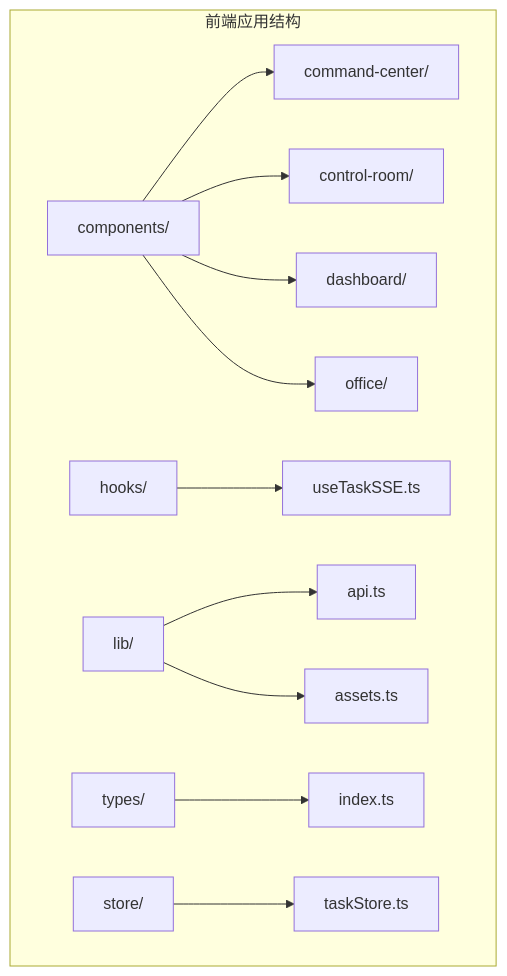
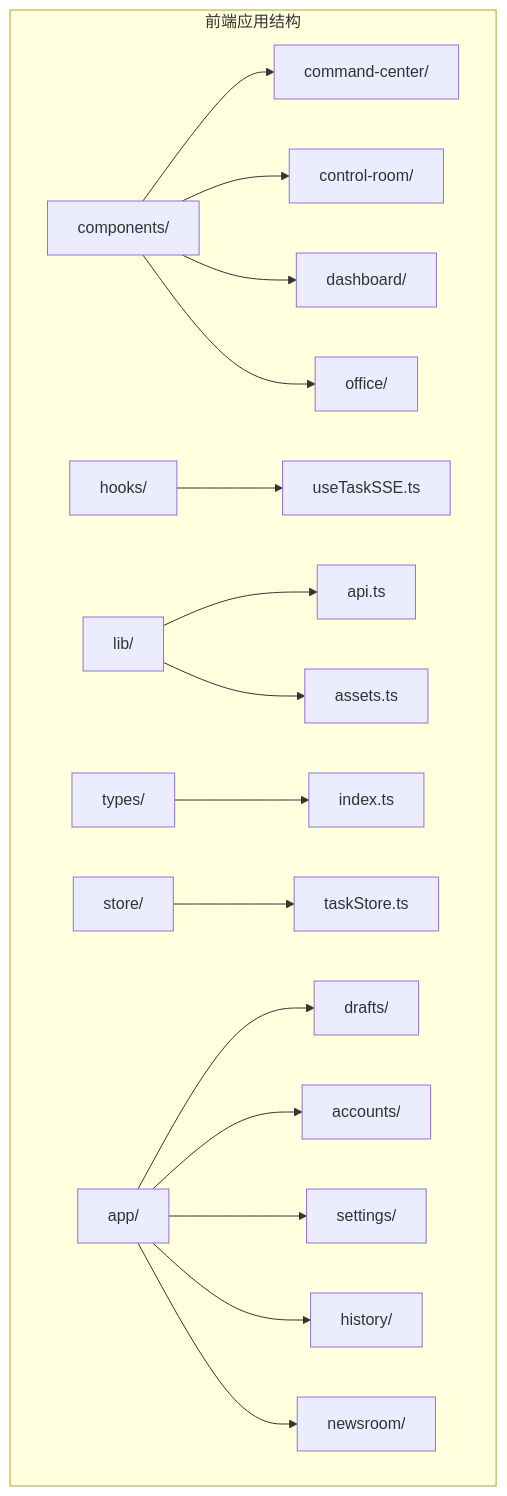
One commit to sansansansansan2022-web/hotclaw changed the first of 9 diagrams in .qoder/repowiki/zh/content/Frontend Component Library.md. Above: the diagram before and after it, drawn with Mermaid. The commit also changed other lines of this file and 44 other files, not shown here.

````diff
--- a/.qoder/repowiki/zh/content/Frontend Component Library.md
+++ b/.qoder/repowiki/zh/content/Frontend Component Library.md
@@ -36,14 +54,19 @@
 ```mermaid
 graph TB
 subgraph "前端应用结构"
 A[components/] --> A1[command-center/]
 A --> A2[control-room/]
 A --> A3[dashboard/]
 A --> A4[office/]
 B[hooks/] --> B1[useTaskSSE.ts]
 C[lib/] --> C1[api.ts]
 C --> C2[assets.ts]
 D[types/] --> D1[index.ts]
 E[store/] --> E1[taskStore.ts]
+F[app/] --> F1[drafts/]
+F --> F2[accounts/]
+F --> F3[settings/]
+F --> F4[history/]
+F --> F5[newsroom/]
 end
 ```
````
